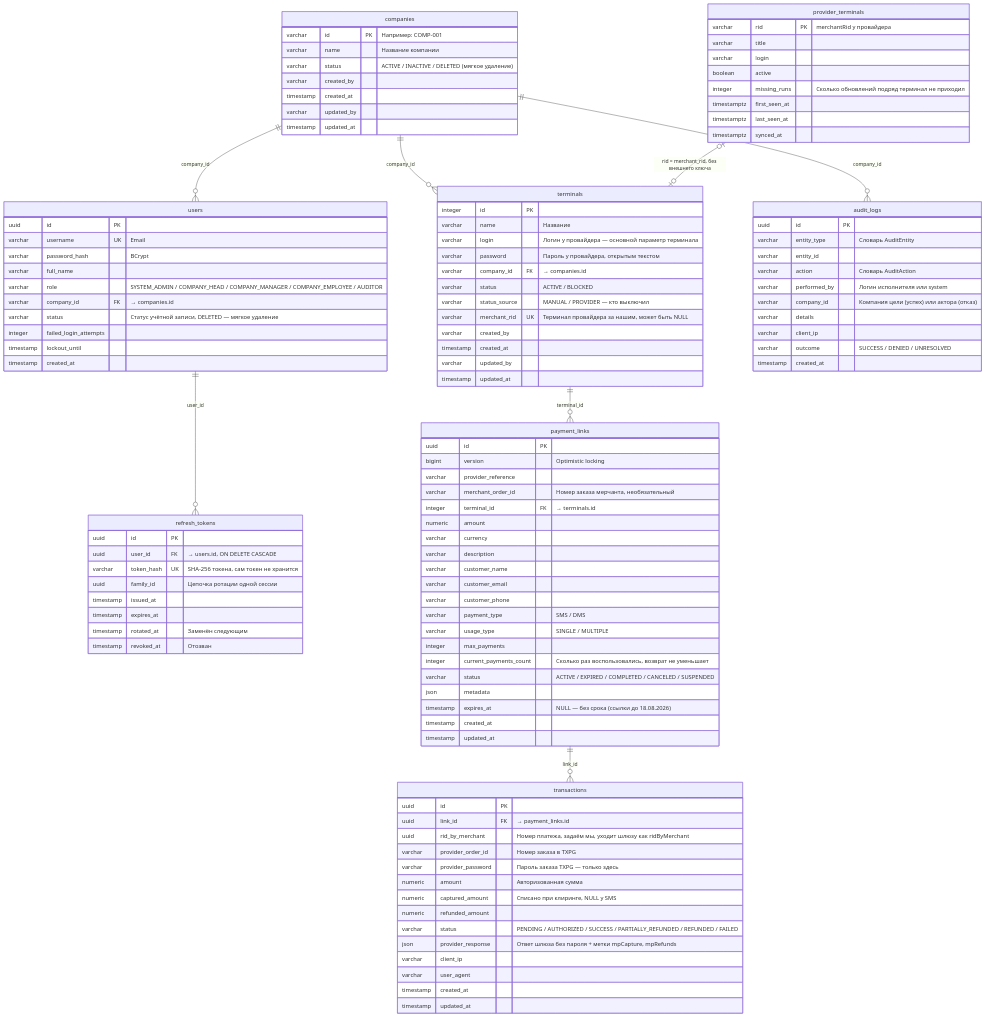
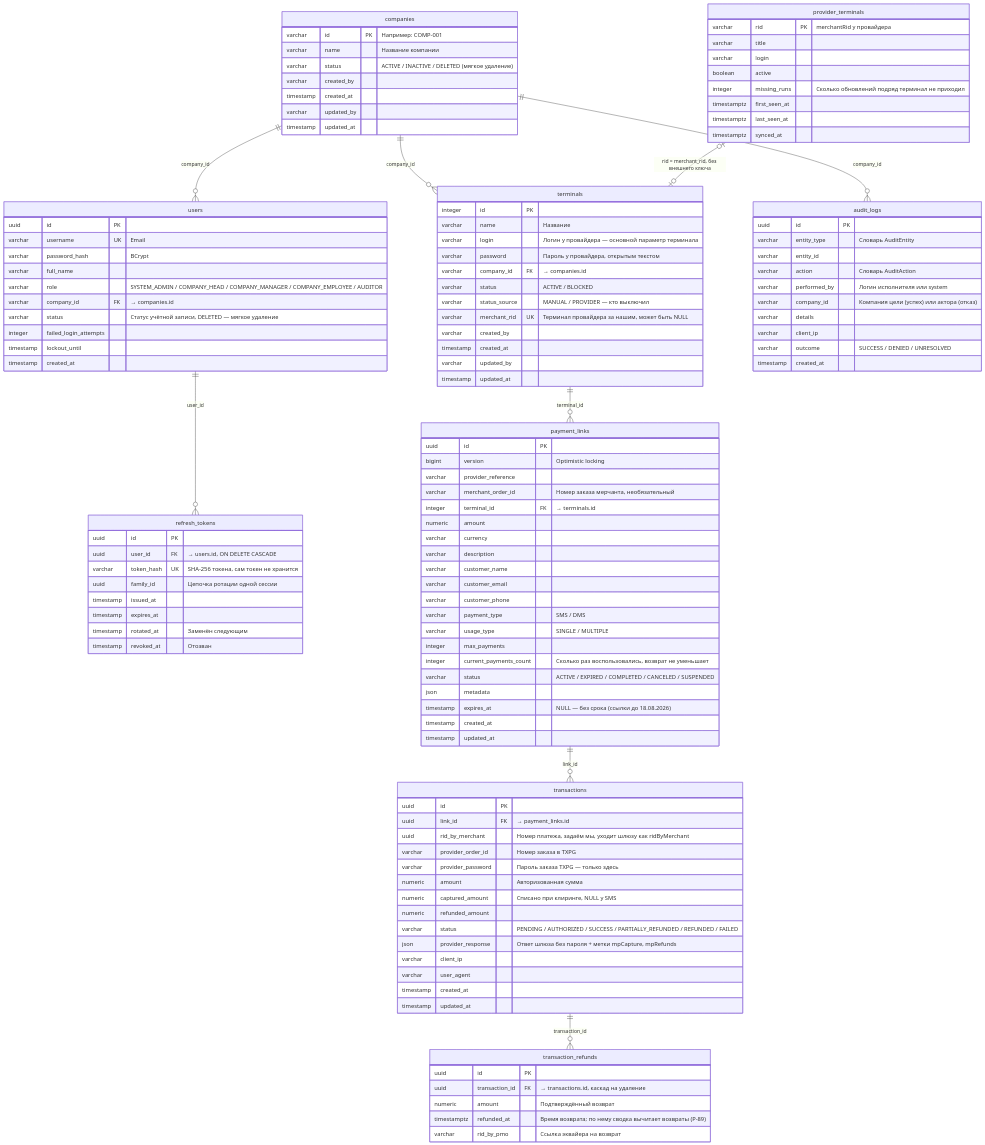
One commit to Gaena/merchant-portal-mk changed the second of 4 diagrams in project_docs/application_description.md. Above: the diagram before and after it, drawn with Mermaid. The commit also changed other lines of this file and 16 other files, not shown here.

````diff
--- a/project_docs/application_description.md
+++ b/project_docs/application_description.md
@@ -188,6 +188,7 @@
     companies ||--o{ audit_logs : "company_id"
     terminals ||--o{ payment_links : "terminal_id"
     payment_links ||--o{ transactions : "link_id"
+    transactions ||--o{ transaction_refunds : "transaction_id"
     provider_terminals |o--o| terminals : "rid = merchant_rid, без внешнего ключа"
 
     companies {
@@ -302,4 +303,12 @@
         timestamp created_at
         timestamp updated_at
     }
+
+    transaction_refunds {
+        uuid id PK
+        uuid transaction_id FK "→ transactions.id, каскад на удаление"
+        numeric amount "Подтверждённый возврат"
+        timestamptz refunded_at "Время возврата; по нему сводка вычитает возвраты (Р-89)"
+        varchar rid_by_pmo "Ссылка эквайера на возврат"
+    }
 ```
````
